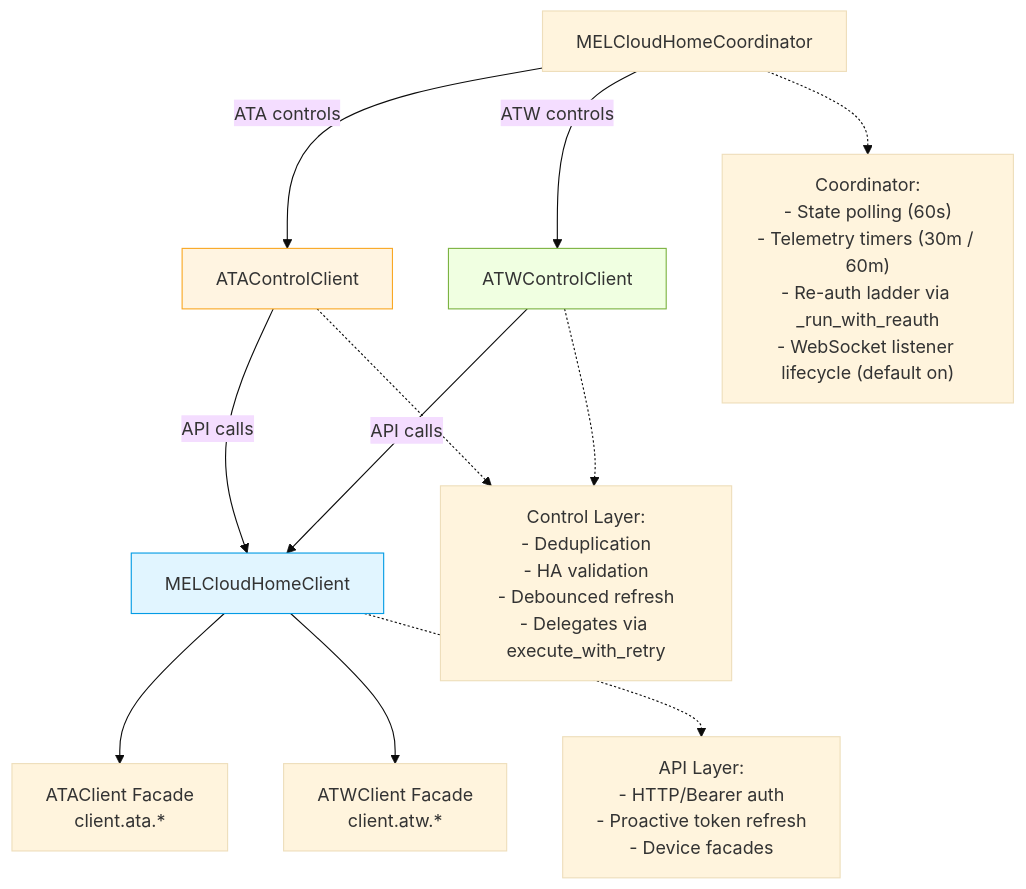
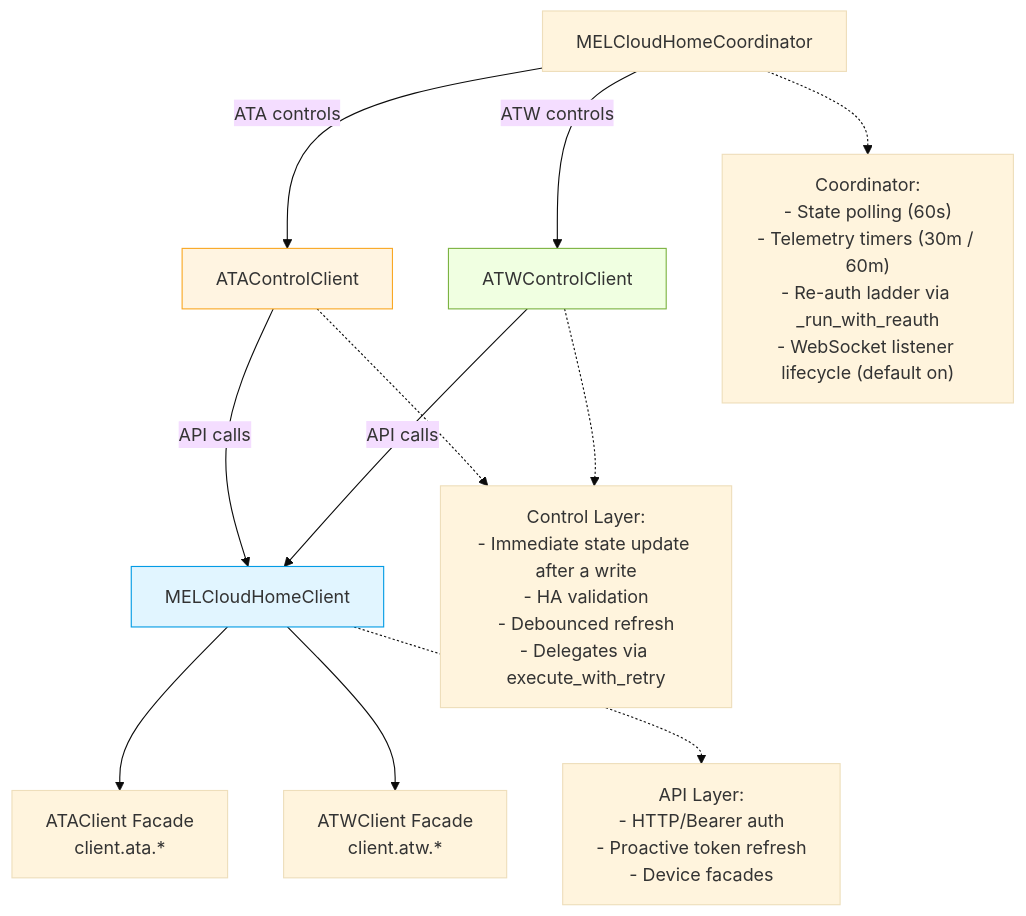
One commit to andrew-blake/melcloudhome changed the third of 6 diagrams in docs/architecture.md. Above: the diagram before and after it, drawn with Mermaid (base theme). The commit also changed other lines of this file and 42 other files, not shown here.

````diff
--- a/docs/architecture.md
+++ b/docs/architecture.md
@@ -370,29 +369,29 @@
 ```mermaid
 graph TD
     Coordinator[MELCloudHomeCoordinator]
     ControlATA[ATAControlClient]
     ControlATW[ATWControlClient]
     APIClient[MELCloudHomeClient]
     ATAAPI[ATAClient Facade<br/>client.ata.*]
     ATWAPI[ATWClient Facade<br/>client.atw.*]
 
     Coordinator -->|ATA controls| ControlATA
     Coordinator -->|ATW controls| ControlATW
     ControlATA -->|API calls| APIClient
     ControlATW -->|API calls| APIClient
     APIClient --> ATAAPI
     APIClient --> ATWAPI
 
     style ControlATA fill:#fff4e1,stroke:#f9a825
     style ControlATW fill:#f0ffe1,stroke:#7cb342
     style APIClient fill:#e1f5ff,stroke:#039be5
 
     note0["Coordinator:<br/>- State polling (60s)<br/>- Telemetry timers (30m / 60m)<br/>- Re-auth ladder via _run_with_reauth<br/>- WebSocket listener lifecycle (default on)"]
-    note1["Control Layer:<br/>- Deduplication<br/>- HA validation<br/>- Debounced refresh<br/>- Delegates via execute_with_retry"]
+    note1["Control Layer:<br/>- Immediate state update after a write<br/>- HA validation<br/>- Debounced refresh<br/>- Delegates via execute_with_retry"]
     note2["API Layer:<br/>- HTTP/Bearer auth<br/>- Proactive token refresh<br/>- Device facades"]
 
     Coordinator -.-> note0
     ControlATA -.-> note1
     ControlATW -.-> note1
     APIClient -.-> note2
 ```
````
